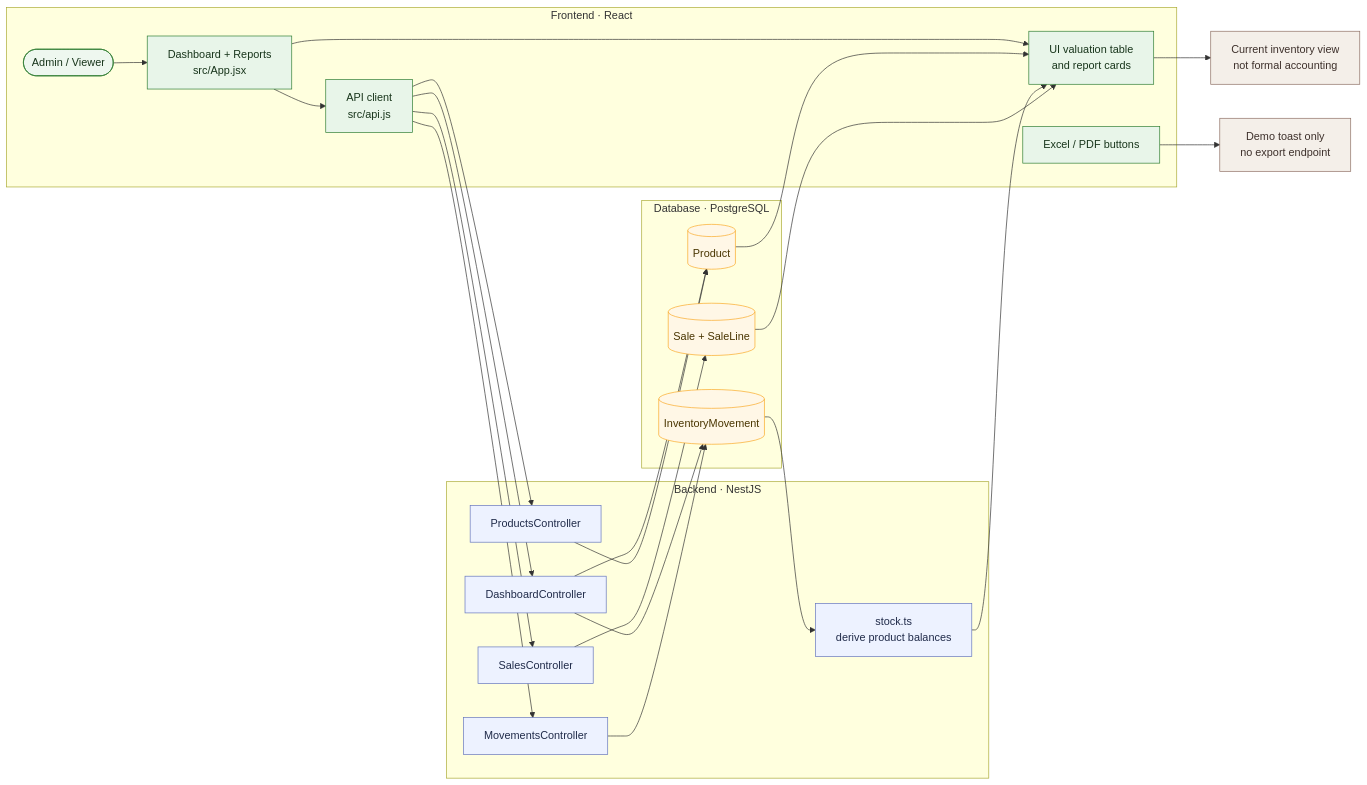
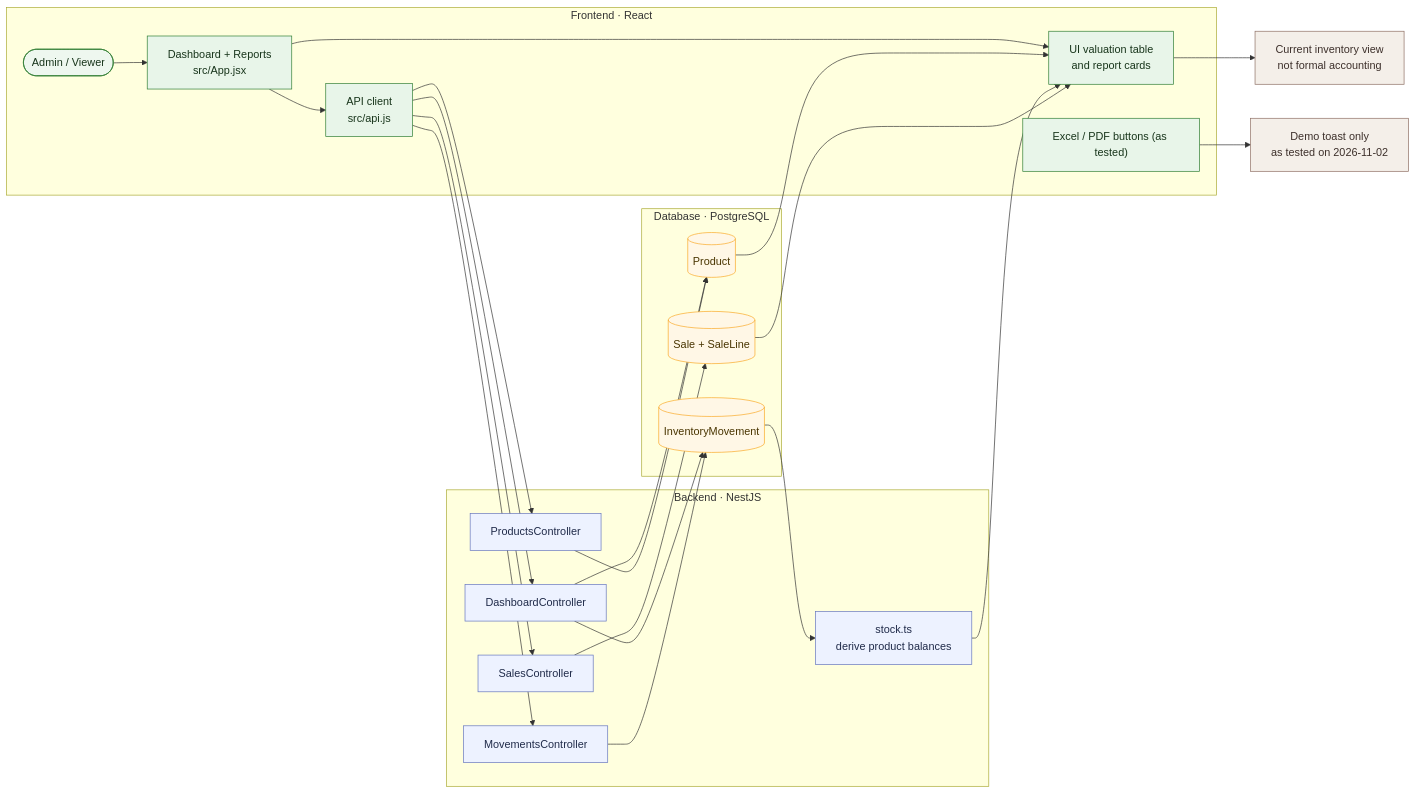
One commit to ibrahimjlidi/machtall changed the diagram in docs/testing/stock-workflows/12-inventory-reports.md. Above: the diagram before and after it, drawn with Mermaid. The commit also changed other lines of this file and 26 other files, not shown here.

````diff
--- a/docs/testing/stock-workflows/12-inventory-reports.md
+++ b/docs/testing/stock-workflows/12-inventory-reports.md
@@ -12,46 +14,46 @@
 ```mermaid
 flowchart LR
     subgraph FRONTEND["Frontend · React"]
         USER([Admin / Viewer]) --> PAGE["Dashboard + Reports<br/>src/App.jsx"]
         PAGE --> CLIENT["API client<br/>src/api.js"]
         PAGE --> SUMMARY["UI valuation table<br/>and report cards"]
-        EXPORT["Excel / PDF buttons"]
+        EXPORT["Excel / PDF buttons (as tested)"]
     end
     subgraph BACKEND["Backend · NestJS"]
         DASHBOARD["DashboardController"]
         PRODUCTS["ProductsController"]
         MOVEMENTS["MovementsController"]
         SALES["SalesController"]
         STOCK["stock.ts<br/>derive product balances"]
     end
     subgraph DATA["Database · PostgreSQL"]
         PRODUCT[(Product)]
         LEDGER[(InventoryMovement)]
         SALE[(Sale + SaleLine)]
     end
     CLIENT --> DASHBOARD
     CLIENT --> PRODUCTS
     CLIENT --> MOVEMENTS
     CLIENT --> SALES
     DASHBOARD --> PRODUCT
     DASHBOARD --> LEDGER
     PRODUCTS --> PRODUCT
     MOVEMENTS --> LEDGER
     SALES --> SALE
     LEDGER --> STOCK
     PRODUCT --> SUMMARY
     STOCK --> SUMMARY
     SALE --> SUMMARY
-    EXPORT --> MOCK["Demo toast only<br/>no export endpoint"]
+    EXPORT --> MOCK["Demo toast only<br/>as tested on 2026-11-02"]
     SUMMARY --> RESULT["Current inventory view<br/>not formal accounting"]
     classDef actor fill:#eef7ef,stroke:#2e7d32,color:#18351b
     classDef ui fill:#e8f5e9,stroke:#2e7d32,color:#18351b
     classDef api fill:#edf2ff,stroke:#6475bd,color:#202b4a
     classDef data fill:#fff7e6,stroke:#f9a825,color:#493500
     classDef result fill:#f4efe9,stroke:#8d6e63,color:#3d302b
     class USER actor
     class PAGE,CLIENT,SUMMARY,EXPORT ui
     class DASHBOARD,PRODUCTS,MOVEMENTS,SALES,STOCK api
     class PRODUCT,LEDGER,SALE data
     class MOCK,RESULT result
 ```
````
